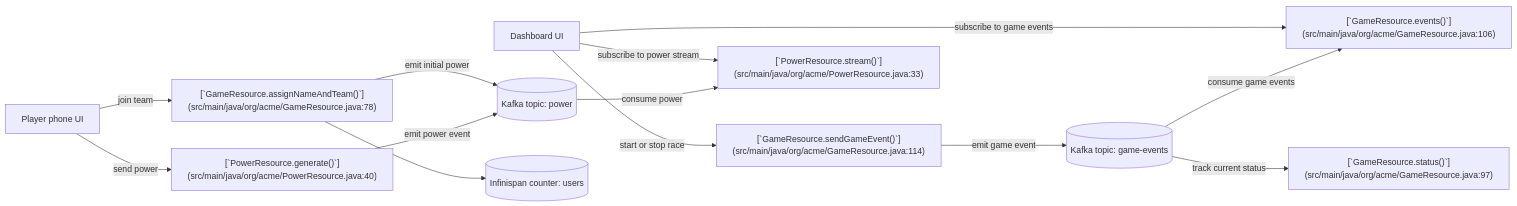
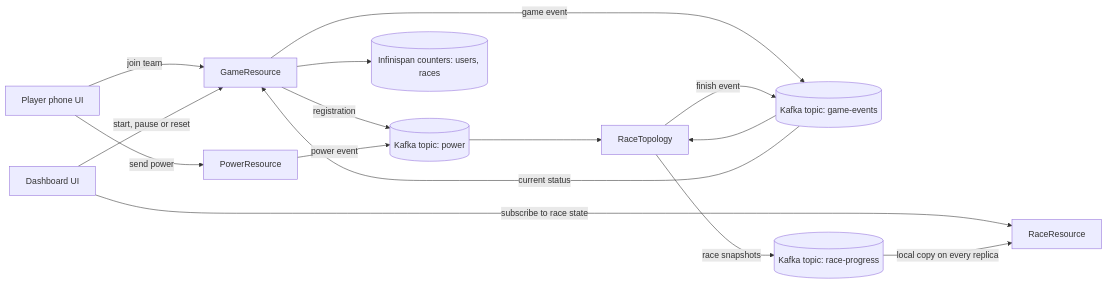
Before and after one commit to redhat-developer-demos/quinoa-wind-turbine: the diagram in README.md, drawn with Mermaid. The commit also changed other lines of this file and 25 other files, not shown here.

Commit message:
Compute Race State with Kafka Streams

````diff
--- a/README.md
+++ b/README.md
@@ -41,18 +41,20 @@
 ```mermaid
 flowchart LR
-    A[Player phone UI] -->|join team| B["[`GameResource.assignNameAndTeam()`](src/main/java/org/acme/GameResource.java:78)"]
-    A -->|send power| C["[`PowerResource.generate()`](src/main/java/org/acme/PowerResource.java:40)"]
-    D[Dashboard UI] -->|start or stop race| E["[`GameResource.sendGameEvent()`](src/main/java/org/acme/GameResource.java:114)"]
-    D -->|subscribe to game events| F["[`GameResource.events()`](src/main/java/org/acme/GameResource.java:106)"]
-    D -->|subscribe to power stream| G["[`PowerResource.stream()`](src/main/java/org/acme/PowerResource.java:33)"]
+    A[Player phone UI] -->|join team| B[GameResource]
+    A -->|send power| C[PowerResource]
+    D[Dashboard UI] -->|start, pause or reset| B
+    D -->|subscribe to race state| R[RaceResource]
 
-    B -->|emit initial power| H[(Kafka topic: power)]
-    C -->|emit power event| H
-    E -->|emit game event| I[(Kafka topic: game-events)]
+    B -->|registration| H[(Kafka topic: power)]
+    C -->|power event| H
+    B -->|game event| I[(Kafka topic: game-events)]
 
-    H -->|consume power| G
-    I -->|consume game events| F
-    I -->|track current status| J["[`GameResource.status()`](src/main/java/org/acme/GameResource.java:97)"]
+    H --> T[RaceTopology]
+    I --> T
+    T -->|race snapshots| P[(Kafka topic: race-progress)]
+    T -->|finish event| I
+    P -->|local copy on every replica| R
+    I -->|current status| B
 
-    B --> K[(Infinispan counter: users)]
+    B --> K[(Infinispan counters: users, races)]
 ```
````
